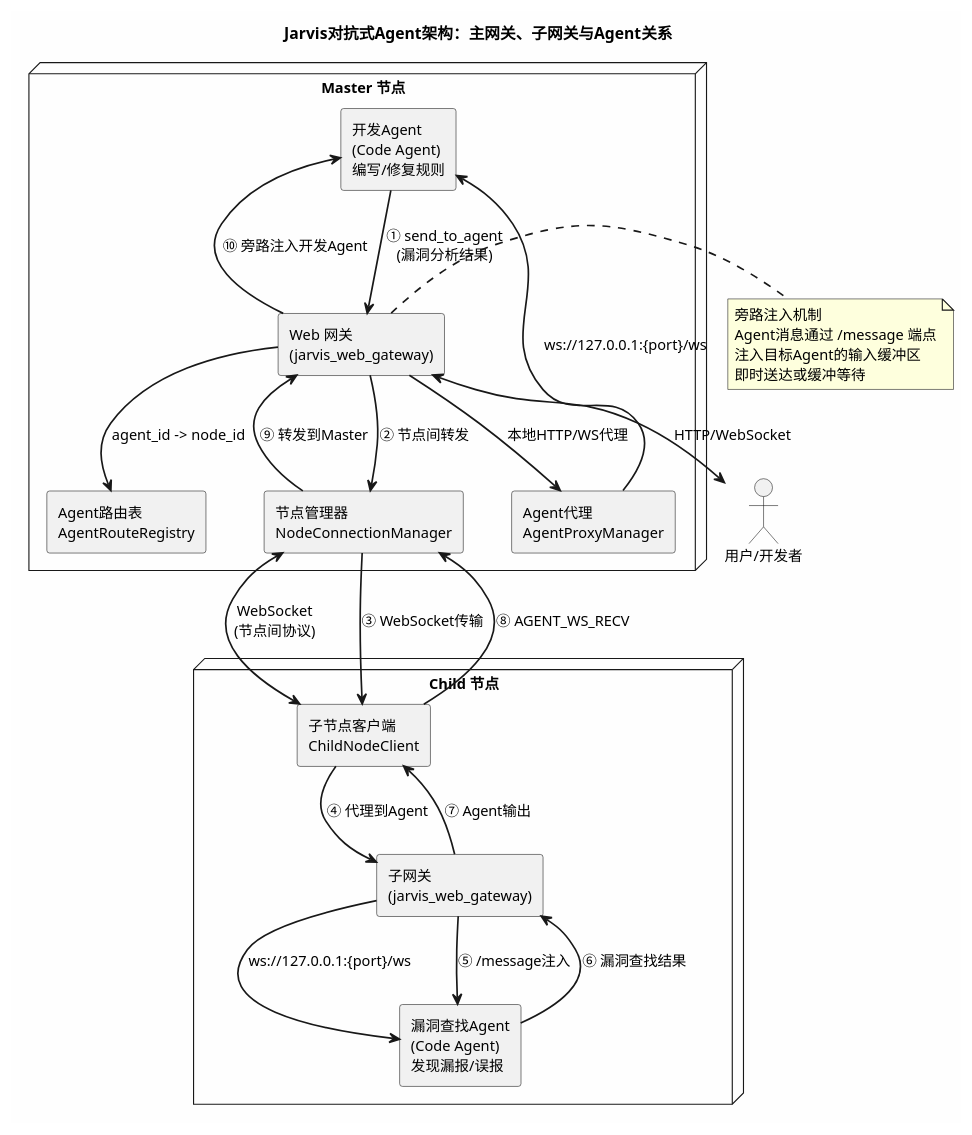
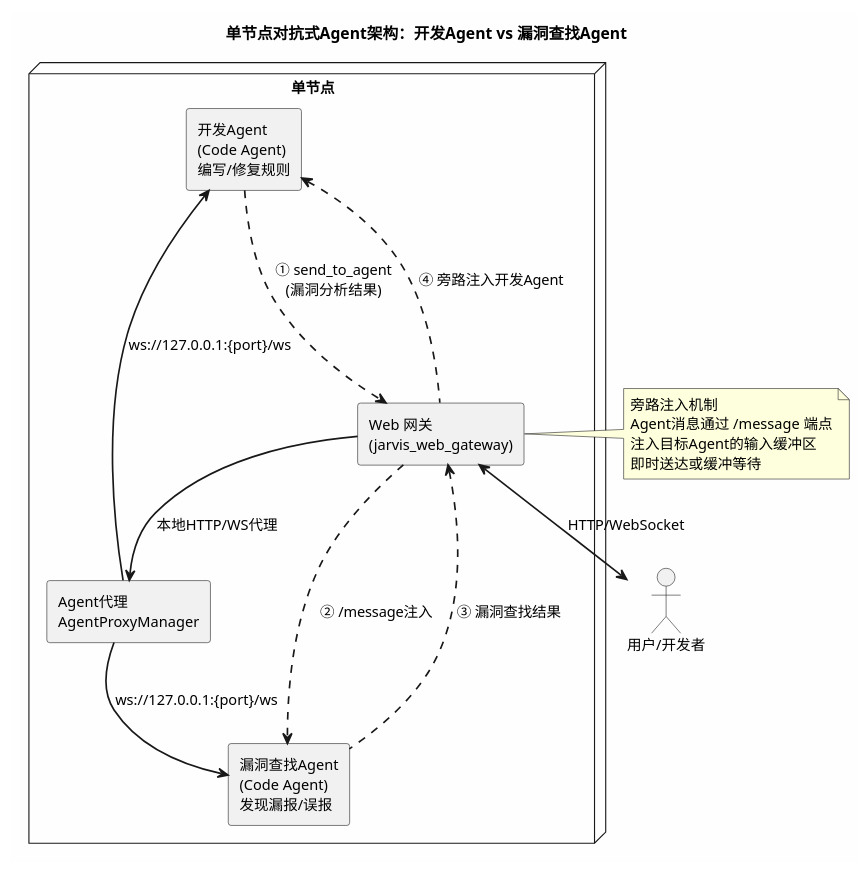
One commit to skyfireitdiy/Jarvis changed the second of 2 diagrams in docs/technical/adversarial_agent_expert_system.md. Above: the diagram before and after it, drawn with PlantUML. The commit also changed other lines of this file, not shown here.

First line of the commit message:
[Jarvis Code Agent提交] docs(adversarial_agent_expert_system): 更新对抗式Agent专家系统文档

````diff
--- a/docs/technical/adversarial_agent_expert_system.md
+++ b/docs/technical/adversarial_agent_expert_system.md
@@ -215,53 +272,38 @@
 ```plantuml
 @startuml
 skinparam backgroundColor #FEFEFE
 skinparam componentStyle rectangle
 skinparam defaultFontSize 13
 skinparam arrowThickness 1.5
 
-title Jarvis对抗式Agent架构：主网关、子网关与Agent关系
+title 单节点对抗式Agent架构：开发Agent vs 漏洞查找Agent
 
-node "Master 节点" as master {
+node "单节点" as node {
     component [Web 网关\n(jarvis_web_gateway)] as gateway
-    component [节点管理器\nNodeConnectionManager] as node_mgr
-    component [Agent路由表\nAgentRouteRegistry] as route
     component [Agent代理\nAgentProxyManager] as proxy
     component [开发Agent\n(Code Agent)\n编写/修复规则] as dev_agent
-}
-
-node "Child 节点" as child {
-    component [子网关\n(jarvis_web_gateway)] as child_gw
-    component [子节点客户端\nChildNodeClient] as child_client
     component [漏洞查找Agent\n(Code Agent)\n发现漏报/误报] as vuln_agent
 }
 
 actor "用户/开发者" as user
 
 gateway <--> user : HTTP/WebSocket
-node_mgr <--> child_client : WebSocket\n(节点间协议)
 gateway --> proxy : 本地HTTP/WS代理
 proxy --> dev_agent : ws://127.0.0.1:{port}/ws
-gateway --> route : agent_id -> node_id
-child_gw --> vuln_agent : ws://127.0.0.1:{port}/ws
+proxy --> vuln_agent : ws://127.0.0.1:{port}/ws
 
-dev_agent -right-> gateway : ① send_to_agent\n(漏洞分析结果)
-gateway -down-> node_mgr : ② 节点间转发
-node_mgr -down-> child_client : ③ WebSocket传输
-child_client -down-> child_gw : ④ 代理到Agent
-child_gw -down-> vuln_agent : ⑤ /message注入
+dev_agent -right..> gateway : ① send_to_agent\n(漏洞分析结果)
+gateway -down..> vuln_agent : ② /message注入
 
-vuln_agent -up-> child_gw : ⑥ 漏洞查找结果
-child_gw -up-> child_client : ⑦ Agent输出
-child_client -up-> node_mgr : ⑧ AGENT_WS_RECV
-node_mgr -up-> gateway : ⑨ 转发到Master
-gateway -up-> dev_agent : ⑩ 旁路注入开发Agent
+vuln_agent -up..> gateway : ③ 漏洞查找结果
+gateway -up..> dev_agent : ④ 旁路注入开发Agent
 
 note right of gateway
   旁路注入机制
   Agent消息通过 /message 端点
   注入目标Agent的输入缓冲区
   即时送达或缓冲等待
 end note
 
 @enduml
 ```
````
